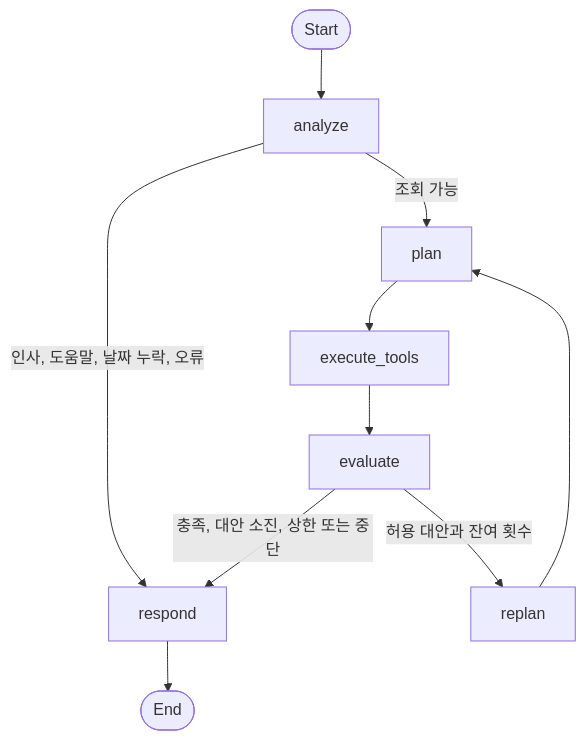
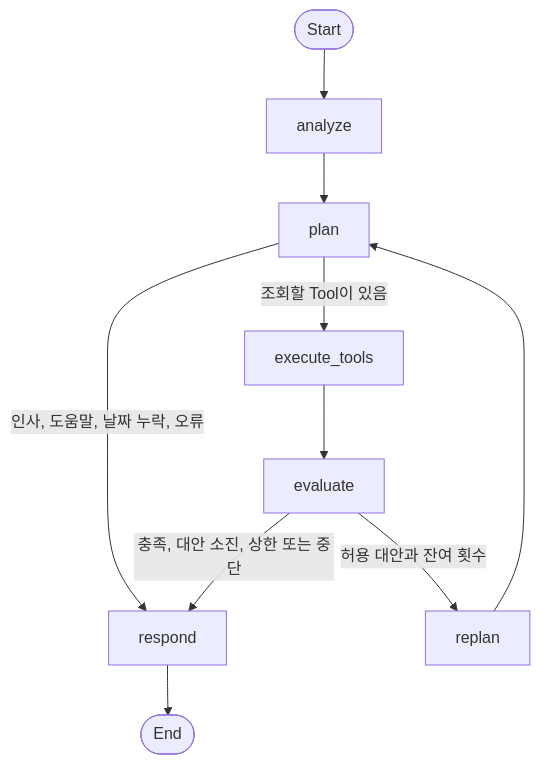
Before and after one commit to ckdmstn/AGENT_BASKETBALL_PJT: the diagram in docs/AGENT_DESIGN.md, drawn with Mermaid. The commit also changed 8 other files, not shown here.

````diff
--- a/docs/AGENT_DESIGN.md
+++ b/docs/AGENT_DESIGN.md
@@ -5,12 +5,12 @@
 ```mermaid
 flowchart TD
   Start([Start]) --> analyze
-  analyze -->|조회 가능| plan
-  analyze -->|인사, 도움말, 날짜 누락, 오류| respond
-  plan --> execute_tools
+  analyze --> plan
+  plan -->|조회할 Tool이 있음| execute_tools
+  plan -->|인사, 도움말, 날짜 누락, 오류| respond
   execute_tools --> evaluate
   evaluate -->|허용 대안과 잔여 횟수| replan
   replan --> plan
   evaluate -->|충족, 대안 소진, 상한 또는 중단| respond
   respond --> End([End])
 ```
````
